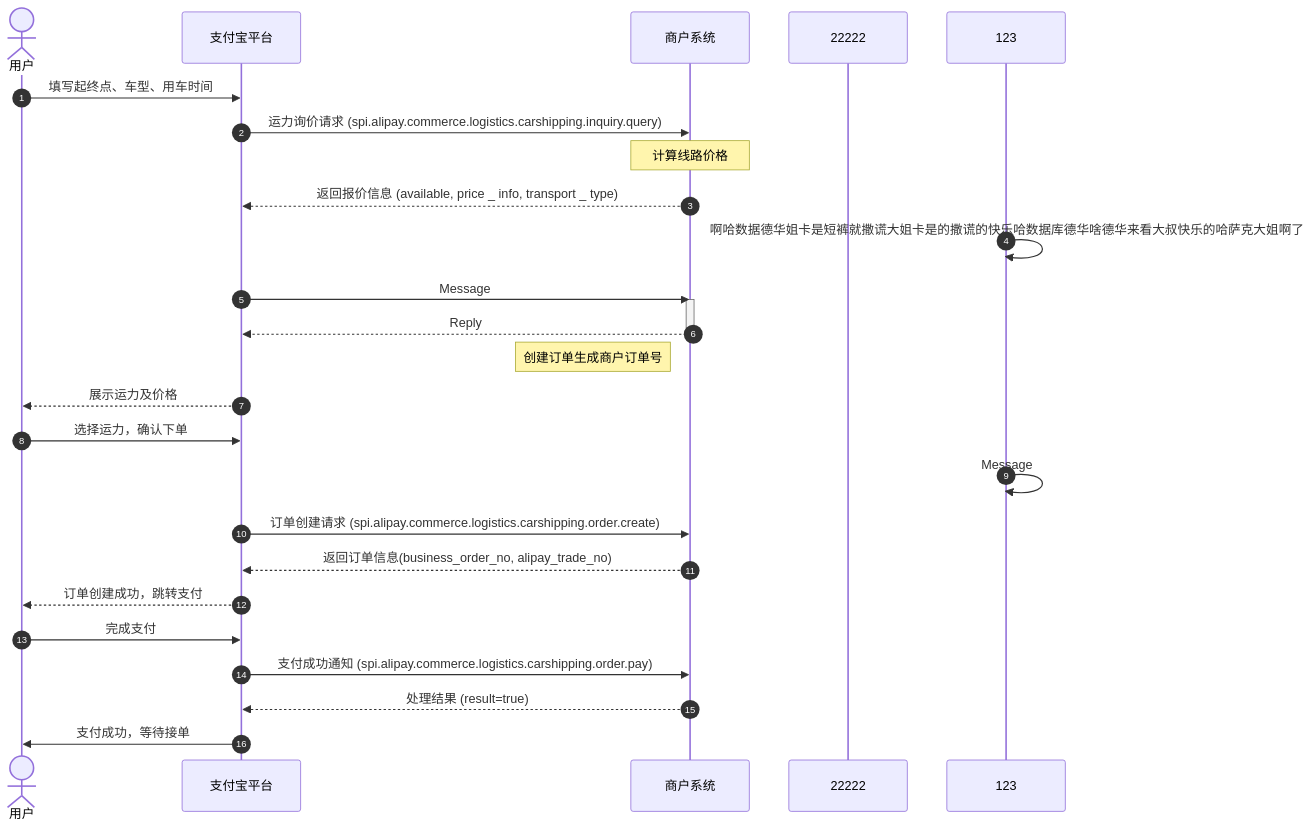
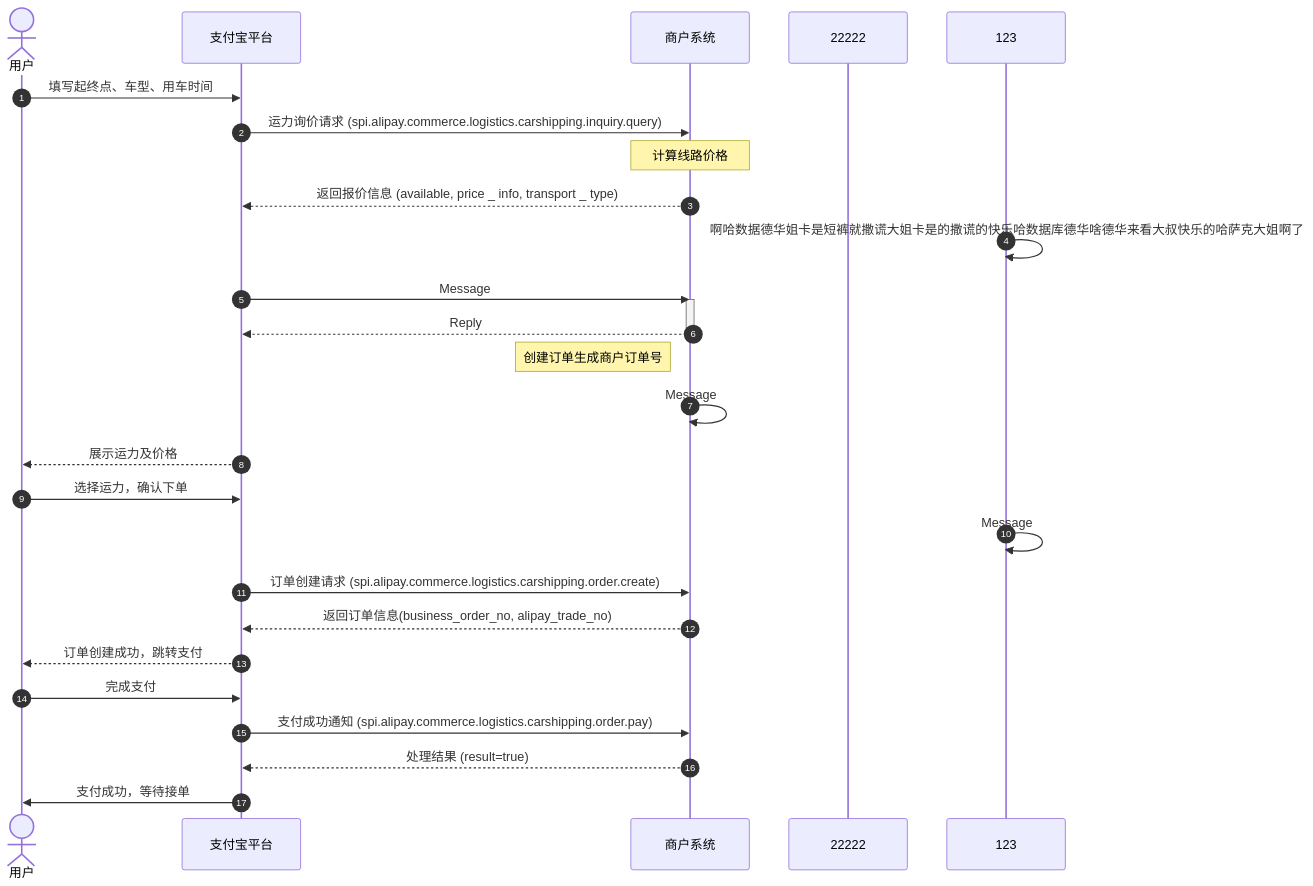
The diagram in mmd/test_dba1b258-be6a-414c-9967-aedbcccfa44f.mmd (pingpm/mermaid_vault), drawn with Mermaid before and after one commit. The commit also changed 2 other files, not shown here.

Commit message:
Sync Mermaid Studio data (8 diagrams)

```diff
--- a/mmd/test_dba1b258-be6a-414c-9967-aedbcccfa44f.mmd
+++ b/mmd/test_dba1b258-be6a-414c-9967-aedbcccfa44f.mmd
@@ -1,27 +1,28 @@
 sequenceDiagram
   autonumber
   actor p0 as 用户
   participant p1 as 支付宝平台
   participant p2 as 商户系统
   participant p3 as 22222
   participant p4 as 123
   p0->>p1: 填写起终点、⻋型、⽤⻋时间
   p1->>p2: 运⼒询价请求 (spi.alipay.commerce.logistics.carshipping.inquiry.query)
   Note over p2: 计算线路价格
   p2-->>p1: 返回报价信息 (available, price _ info, transport _ type)
   p4->>p4: 啊哈数据德华姐卡是短裤就撒谎大姐卡是的撒谎的快乐哈数据库德华啥德华来看大叔快乐的哈萨克大姐啊了
   p1->>p2: Message
   activate p2
   p2-->>p1: Reply
   deactivate p2
   Note left of p2: 创建订单⽣成商户订单号
+  p2->>p2: Message
   p1-->>p0: 展示运⼒及价格
   p0->>p1: 选择运⼒，确认下单
   p4->>p4: Message
   p1->>p2: 订单创建请求 (spi.alipay.commerce.logistics.carshipping.order.create)
   p2-->>p1: 返回订单信息(business_order_no, alipay_trade_no)
   p1-->>p0: 订单创建成功，跳转⽀付
   p0->>p1: 完成⽀付
   p1->>p2: ⽀付成功通知 (spi.alipay.commerce.logistics.carshipping.order.pay)
   p2-->>p1: 处理结果 (result=true)
   p1->>p0: ⽀付成功，等待接单
```
